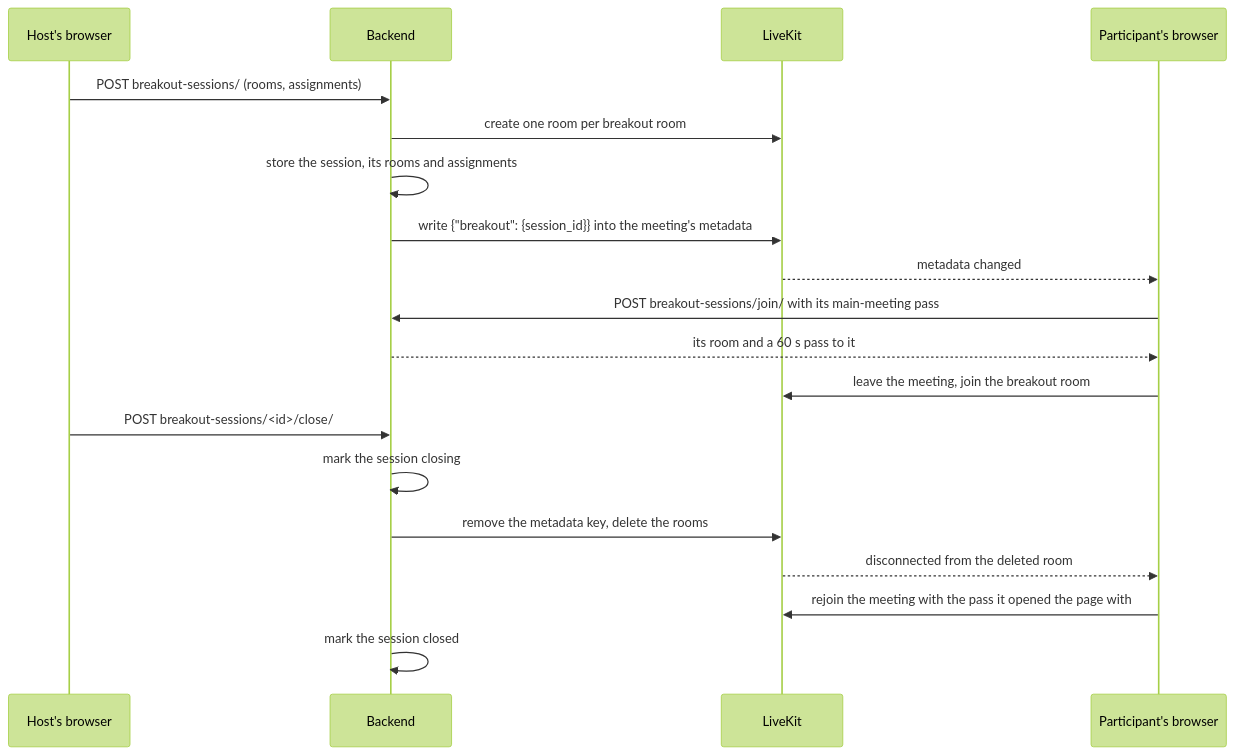
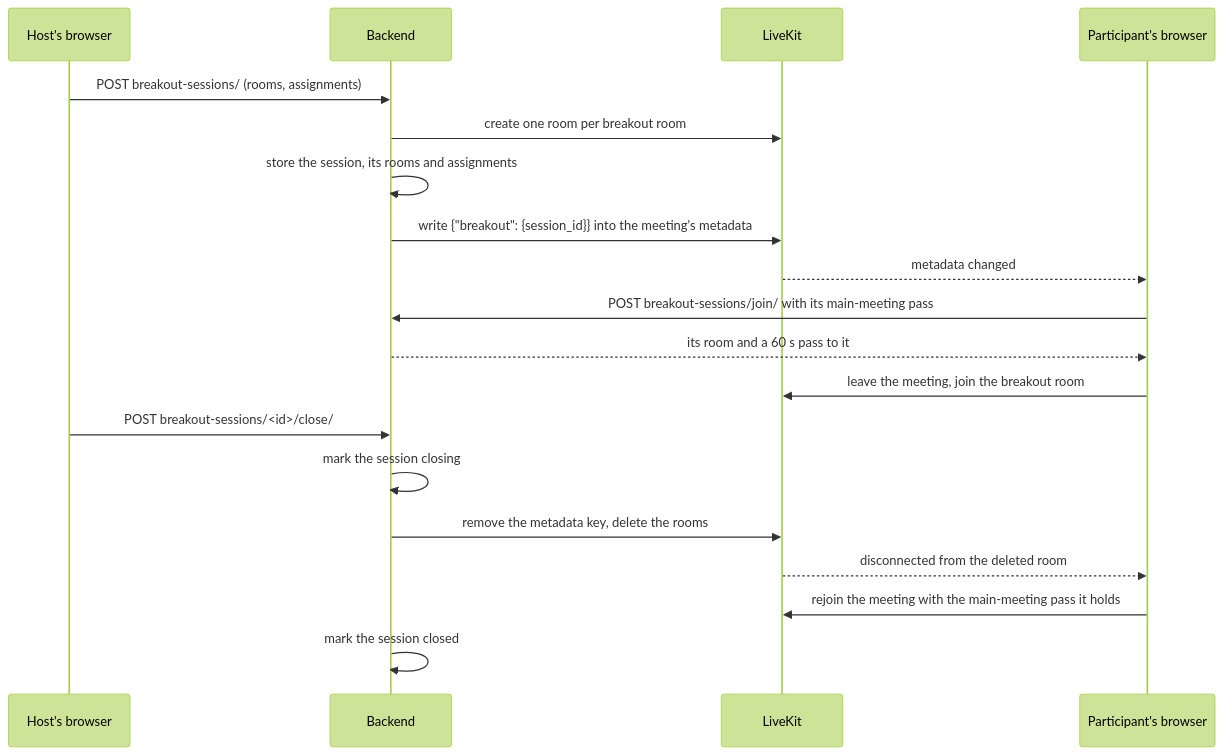
Before and after one commit to davd-gzl/agent-artifact: the diagram in meet/1765/overview.md, drawn with Mermaid (forest theme). The commit also changed other lines of this file, not shown here.

````diff
--- a/meet/1765/overview.md
+++ b/meet/1765/overview.md
@@ -19,21 +19,21 @@
 ```mermaid
 sequenceDiagram
     participant H as Host's browser
     participant B as Backend
     participant L as LiveKit
     participant P as Participant's browser
     H->>B: POST breakout-sessions/ (rooms, assignments)
     B->>L: create one room per breakout room
     B->>B: store the session, its rooms and assignments
     B->>L: write {"breakout": {session_id}} into the meeting's metadata
     L-->>P: metadata changed
     P->>B: POST breakout-sessions/join/ with its main-meeting pass
     B-->>P: its room and a 60 s pass to it
     P->>L: leave the meeting, join the breakout room
     H->>B: POST breakout-sessions/<id>/close/
     B->>B: mark the session closing
     B->>L: remove the metadata key, delete the rooms
     L-->>P: disconnected from the deleted room
-    P->>L: rejoin the meeting with the pass it opened the page with
+    P->>L: rejoin the meeting with the main-meeting pass it holds
     B->>B: mark the session closed
 ```
````
